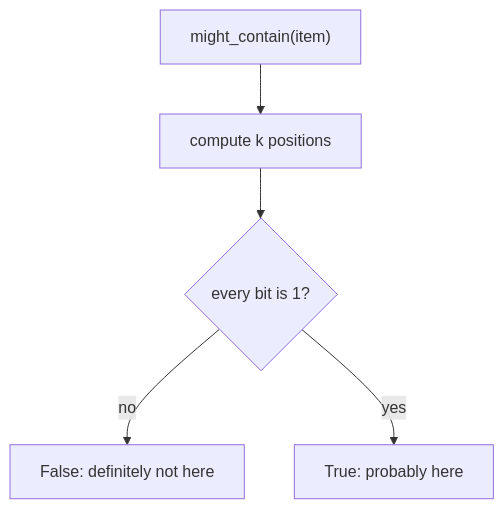
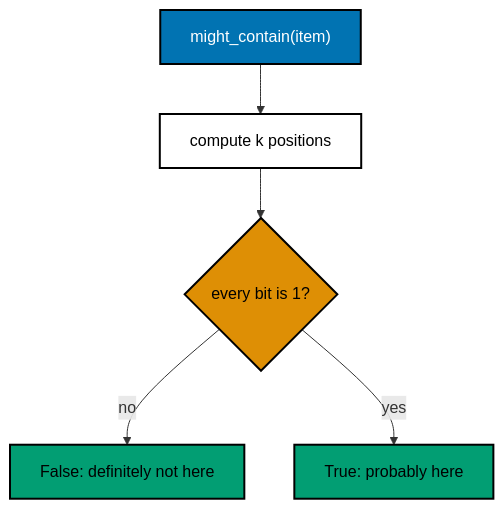
One commit to wahidyankf/grind-in-public changed the second of 2 diagrams in drill/system-design-algos/in-python/algo_07_bloom_filter.md. Above: the diagram before and after it, drawn with Mermaid. The commit also changed other lines of this file and 22 other files, not shown here.

First line of the commit message:
docs: use accessible palette in mermaid diagrams

````diff
--- a/drill/system-design-algos/in-python/algo_07_bloom_filter.md
+++ b/drill/system-design-algos/in-python/algo_07_bloom_filter.md
@@ -53,11 +59,18 @@
 ```mermaid
 flowchart TD
   accTitle: Bloom filter might_contain
   accDescr {
     Shows how a check answers False when any bit is 0, and True when all of its bits are 1.
   }
   A["might_contain(item)"] --> B["compute k positions"]
   B --> C{"every bit is 1?"}
   C -->|no| D["False: definitely not here"]
   C -->|yes| E["True: probably here"]
+  classDef default fill:#FFFFFF,stroke:#000000,color:#000000,stroke-width:2px
+  classDef blue fill:#0173B2,stroke:#000000,color:#FFFFFF,stroke-width:2px
+  classDef orange fill:#DE8F05,stroke:#000000,color:#000000,stroke-width:2px
+  classDef teal fill:#029E73,stroke:#000000,color:#000000,stroke-width:2px
+  class C orange
+  class A blue
+  class D,E teal
 ```
````
